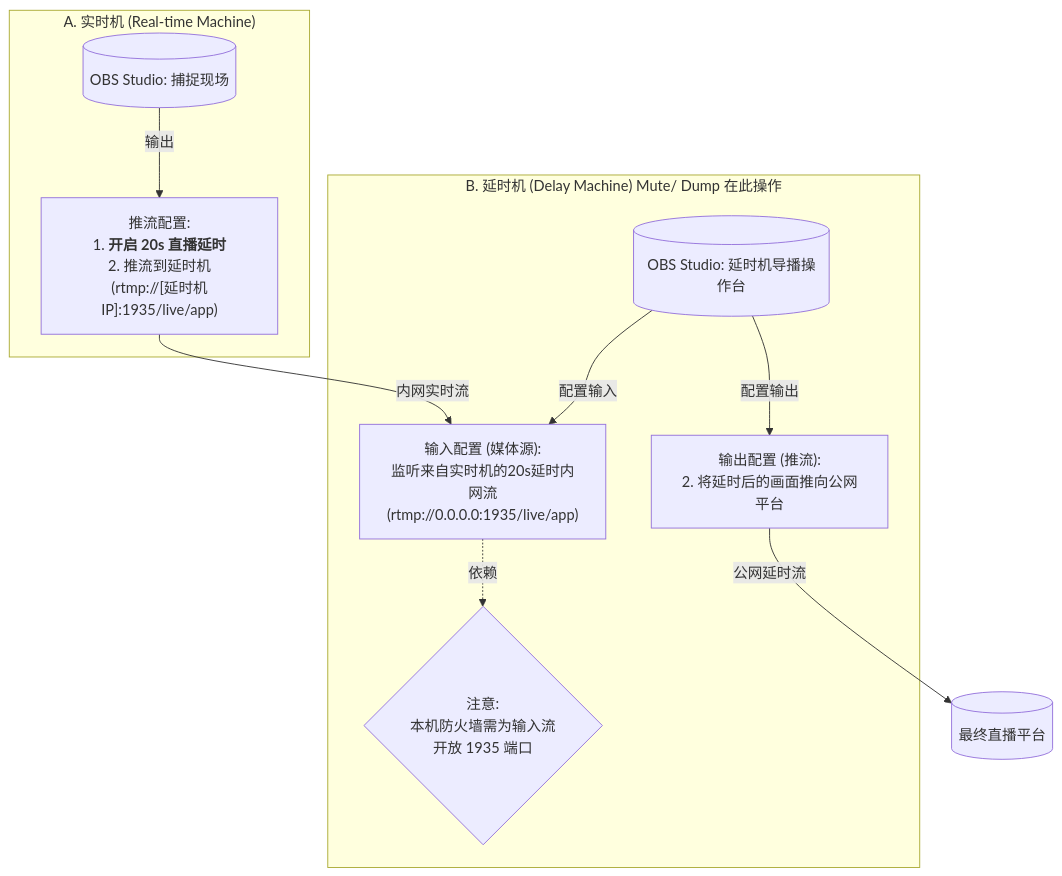
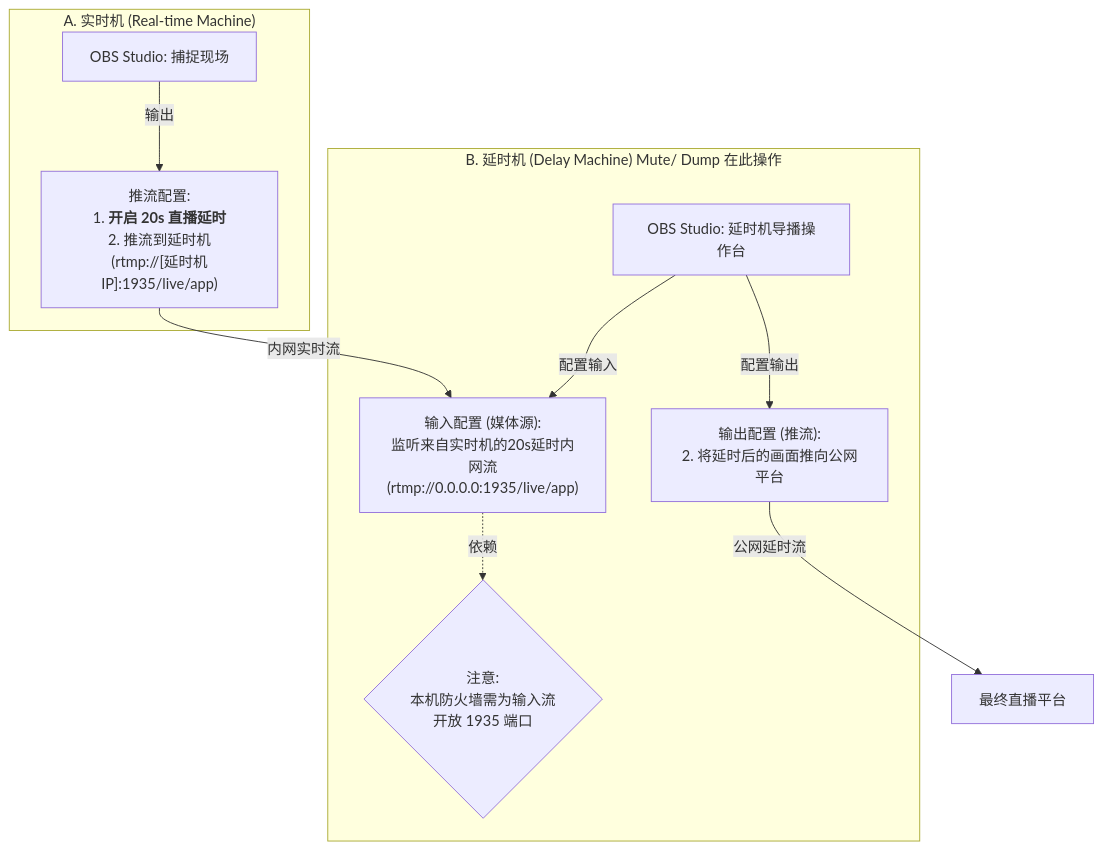
The diagram in src/data/blog/OBS-safe-broadcast-pitfalls.md (gaezon/AstroPaper-blog), drawn with Mermaid before and after one commit. The commit also changed other lines of this file and 2 other files, not shown here.

Commit message:
fix: resolve all build and rendering issues

````diff
--- a/src/data/blog/OBS-safe-broadcast-pitfalls.md
+++ b/src/data/blog/OBS-safe-broadcast-pitfalls.md
@@ -187,24 +187,24 @@
 ```mermaid
 graph TD
     subgraph "A. 实时机 (Real-time Machine)"
-        A_OBS[("OBS Studio: 捕捉现场")]
+        A_OBS["OBS Studio: 捕捉现场"]
         A_Config["推流配置:<br/>1. <b>开启 20s 直播延时</b><br/>2. 推流到延时机<br/>(rtmp://[延时机IP]:1935/live/app)"]
         A_OBS -- "输出" --> A_Config
     end
 
     subgraph "B. 延时机 (Delay Machine) Mute/ Dump 在此操作"
-        B_OBS[("OBS Studio: 延时机导播操作台")]
+        B_OBS["OBS Studio: 延时机导播操作台"]
         B_Input["输入配置 (媒体源):<br/>监听来自实时机的20s延时内网流<br/>(rtmp://0.0.0.0:1935/live/app)"]
         B_Output["输出配置 (推流):<br/>2. 将延时后的画面推向公网平台"]
         B_Firewall{"注意:<br/>本机防火墙需为输入流<br/>开放 1935 端口"}
         
         B_OBS -- "配置输入" --> B_Input
         B_OBS -- "配置输出" --> B_Output
         B_Input -. "依赖" .-> B_Firewall
     end
 
-    C_Platform[("最终直播平台")]
+    C_Platform["最终直播平台"]
 
     A_Config -- "内网实时流" --> B_Input
     B_Output -- "公网延时流" --> C_Platform
 ```
````
